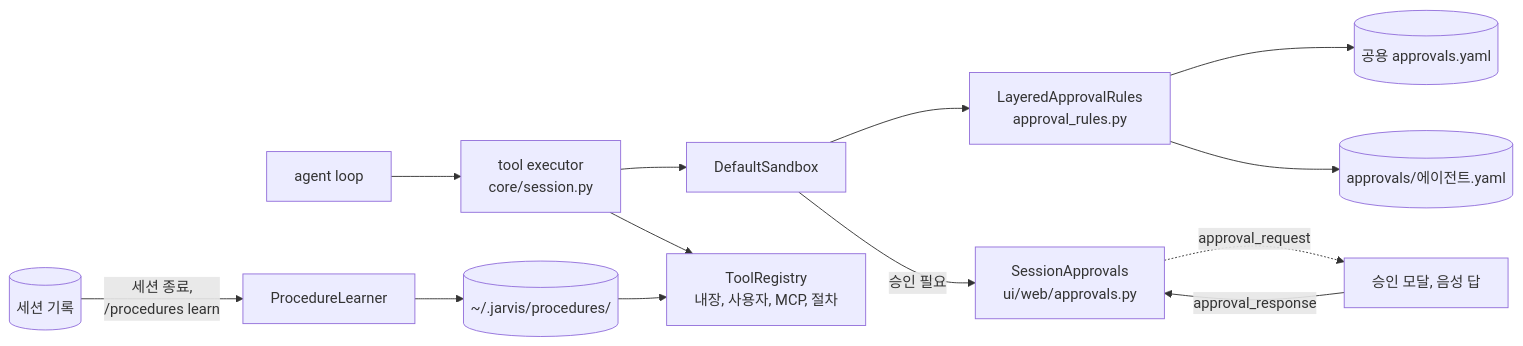
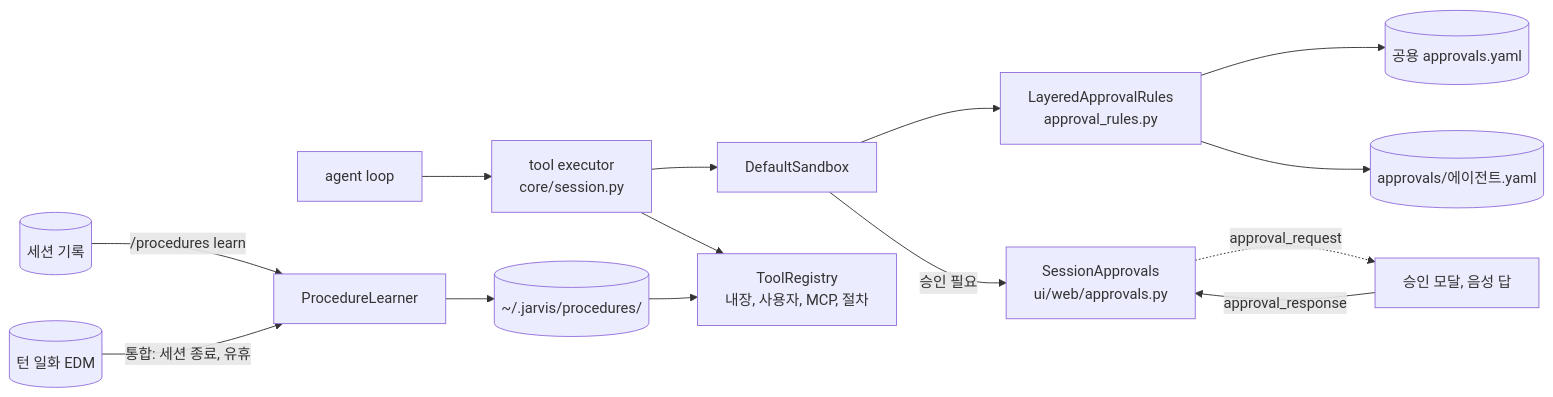
The third of 3 diagrams in website/docs/concepts/conversation/tools-and-approval.md (ash-hun/jarvis-agent), drawn with Mermaid before and after one commit. The commit also changed other lines of this file and 17 other files, not shown here.

````diff
--- a/website/docs/concepts/conversation/tools-and-approval.md
+++ b/website/docs/concepts/conversation/tools-and-approval.md
@@ -223,15 +229,16 @@
 ```mermaid
 flowchart LR
   LOOP[agent loop] --> EXE[tool executor<br/>core/session.py]
   EXE --> SBX[DefaultSandbox]
   SBX --> RULES[LayeredApprovalRules<br/>approval_rules.py]
   RULES --> AY[(공용 approvals.yaml)]
   RULES --> AA[(approvals/에이전트.yaml)]
   SBX -->|승인 필요| BRK[SessionApprovals<br/>ui/web/approvals.py]
   BRK -. approval_request .-> MODAL[승인 모달, 음성 답]
   MODAL -->|approval_response| BRK
   EXE --> TOOLS[ToolRegistry<br/>내장, 사용자, MCP, 절차]
-  HIST[(세션 기록)] -->|세션 종료,<br/>/procedures learn| LRN[ProcedureLearner]
+  HIST[(세션 기록)] -->|/procedures learn| LRN[ProcedureLearner]
+  EDM[(턴 일화 EDM)] -->|통합: 세션 종료, 유휴| LRN
   LRN --> PS[(~/.jarvis/procedures/)]
   PS --> TOOLS
 ```
````
